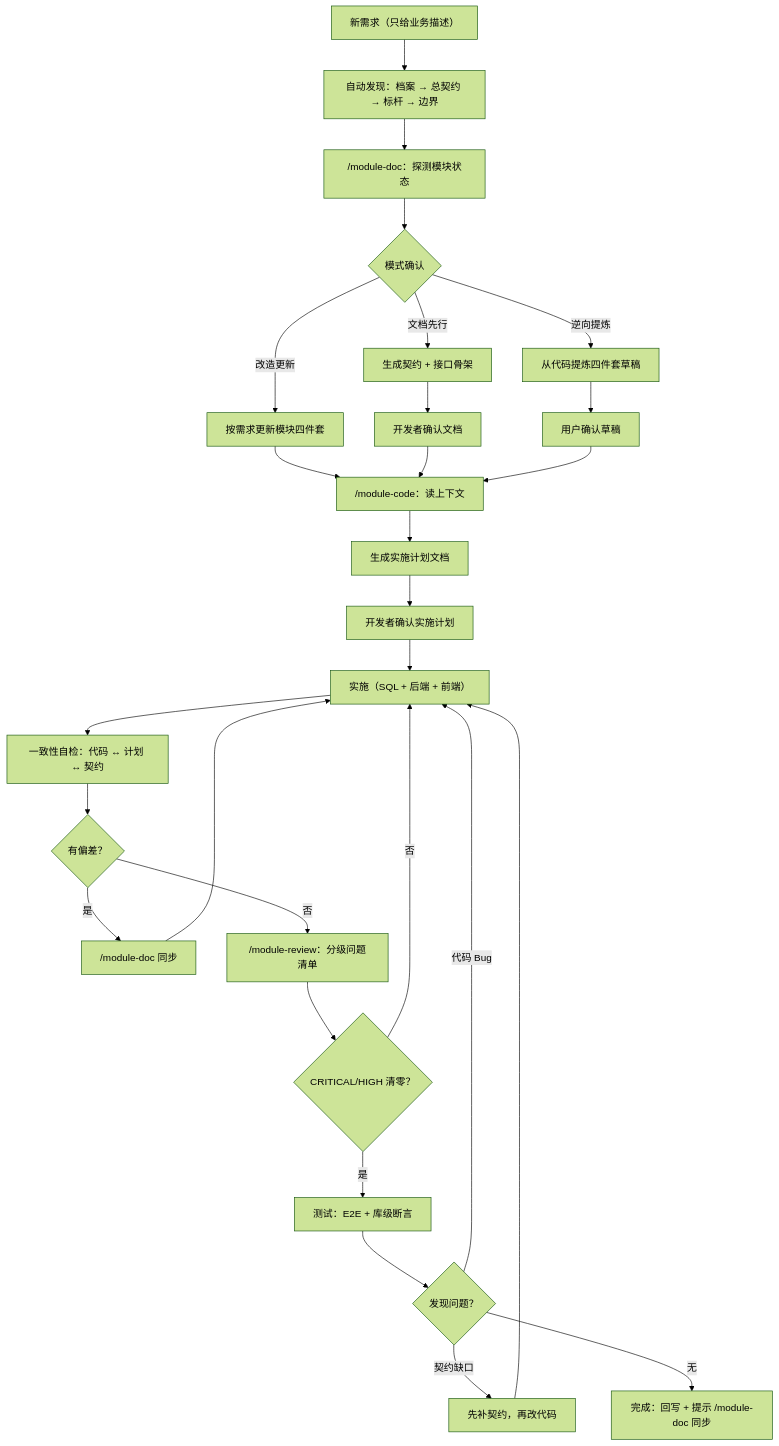
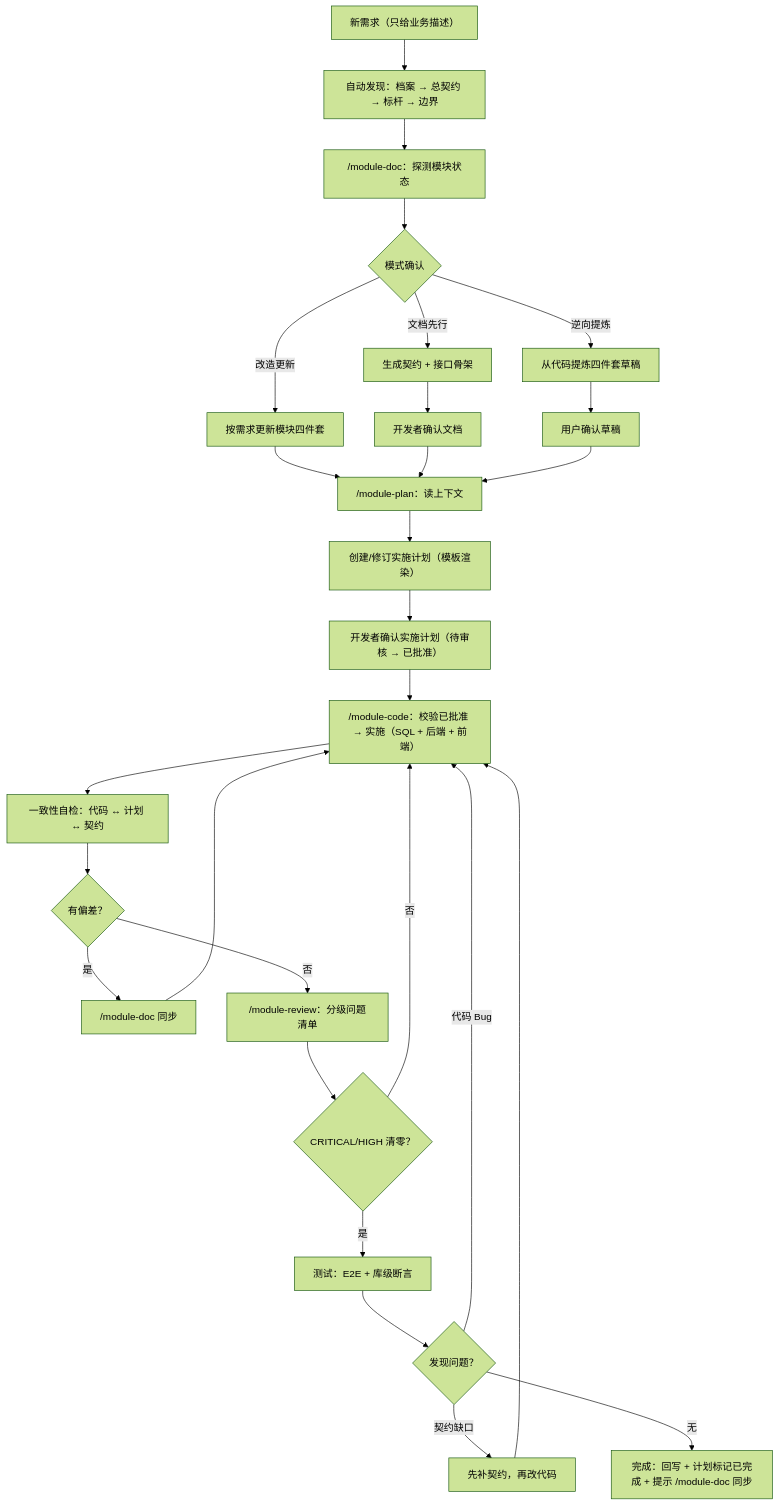
Before and after one commit to knight-peter/doc-framework: the second of 2 diagrams in README.md, drawn with Mermaid (forest theme). The commit also changed other lines of this file and 12 other files, not shown here.

Commit message:
feat: v1.1 四技能体系——新增 /module-plan 拆分计划职责，/module-code 只执行已批准计划，计划状态机与单/跨模块双落盘，清除中文短命令与 trigger 字段，README 补四个技能使用方式与实施计划专章

````diff
--- a/README.md
+++ b/README.md
@@ -82,30 +175,30 @@
 ```mermaid
 flowchart TB
     H["新需求（只给业务描述）"] --> I["自动发现：档案 → 总契约 → 标杆 → 边界"]
     I --> J["/module-doc：探测模块状态"]
     J --> K{"模式确认"}
     K -->|"文档先行"| L["生成契约 + 接口骨架"]
     K -->|"逆向提炼"| M["从代码提炼四件套草稿"]
     K -->|"改造更新"| N["按需求更新模块四件套"]
     L --> O["开发者确认文档"]
     M --> P["用户确认草稿"]
-    N --> Q["/module-code：读上下文"]
+    N --> Q["/module-plan：读上下文"]
     O --> Q
     P --> Q
-    Q --> R["生成实施计划文档"]
-    R --> S["开发者确认实施计划"]
-    S --> T["实施（SQL + 后端 + 前端）"]
+    Q --> R["创建/修订实施计划（模板渲染）"]
+    R --> S["开发者确认实施计划（待审核 → 已批准）"]
+    S --> T["/module-code：校验已批准 → 实施（SQL + 后端 + 前端）"]
     T --> U["一致性自检：代码 ↔ 计划 ↔ 契约"]
     U --> V{"有偏差？"}
     V -->|"是"| W["/module-doc 同步"]
     W --> T
     V -->|"否"| X["/module-review：分级问题清单"]
     X --> Y{"CRITICAL/HIGH 清零？"}
     Y -->|"否"| T
     Y -->|"是"| Z["测试：E2E + 库级断言"]
     Z --> AA{"发现问题？"}
     AA -->|"代码 Bug"| T
     AA -->|"契约缺口"| AB["先补契约，再改代码"]
     AB --> T
-    AA -->|"无"| AC["完成：回写 + 提示 /module-doc 同步"]
+    AA -->|"无"| AC["完成：回写 + 计划标记已完成 + 提示 /module-doc 同步"]
 ```
````
